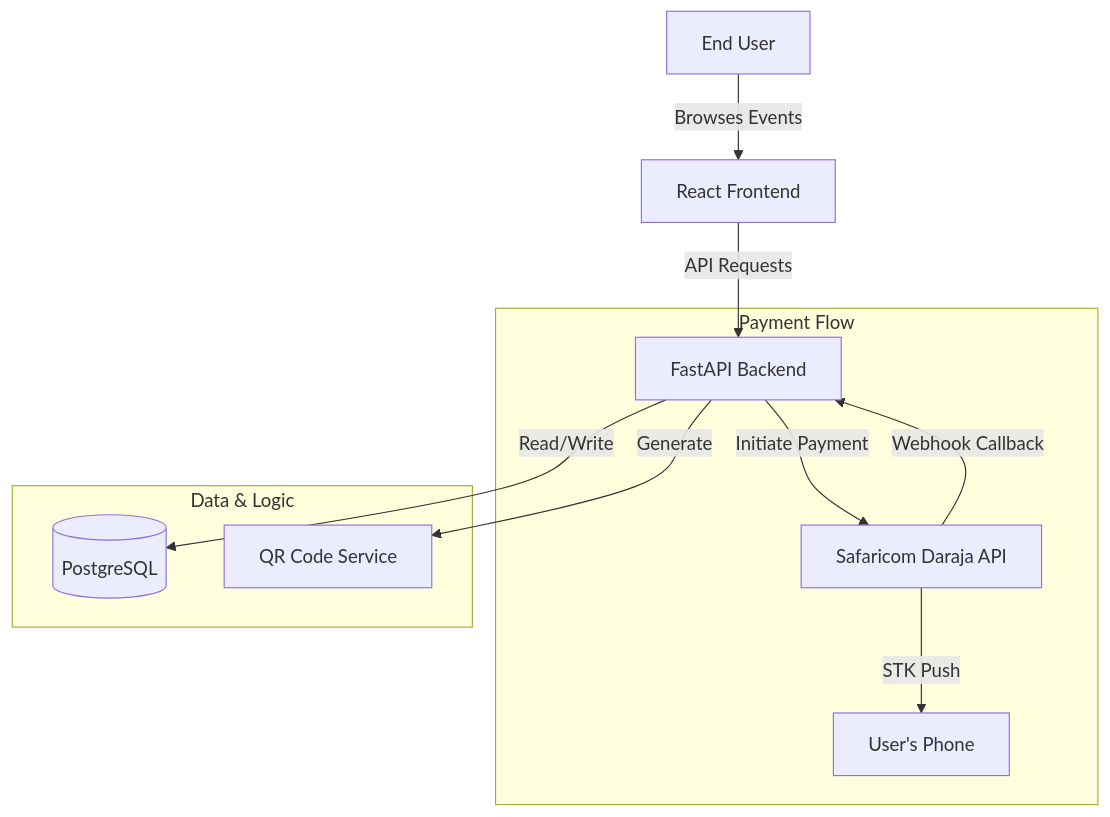
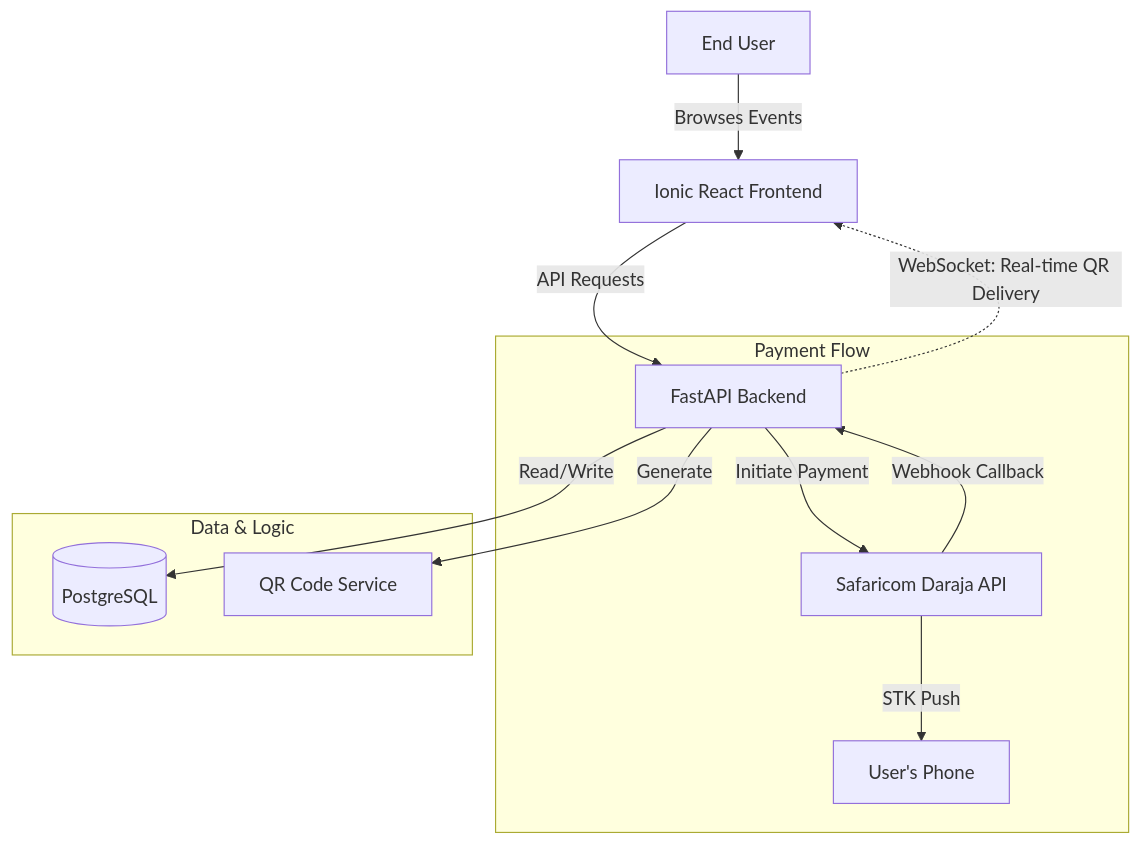
One commit to Levinmunyelele/Tukio changed the first of 2 diagrams in README.md. Above: the diagram before and after it, drawn with Mermaid. The commit also changed other lines of this file, not shown here.

Commit message:
docs: Added comprehensive system architecture README

````diff
--- a/README.md
+++ b/README.md
@@ -25,16 +24,17 @@
 ```mermaid
 graph TD
-    User[End User] -->|Browses Events| Client[React Frontend]
+    User[End User] -->|Browses Events| Client[Ionic React Frontend]
     Client -->|API Requests| API[FastAPI Backend]
+    API -.->|WebSocket: Real-time QR Delivery| Client
     
     subgraph Payment ["Payment Flow"]
     API -->|Initiate Payment| MPesa[Safaricom Daraja API]
     MPesa -->|STK Push| UserPhone[User's Phone]
     MPesa -->|Webhook Callback| API
     end
     
     subgraph Data ["Data & Logic"]
     API -->|Read/Write| DB[(PostgreSQL)]
     API -->|Generate| QR[QR Code Service]
     end
 ```
````
